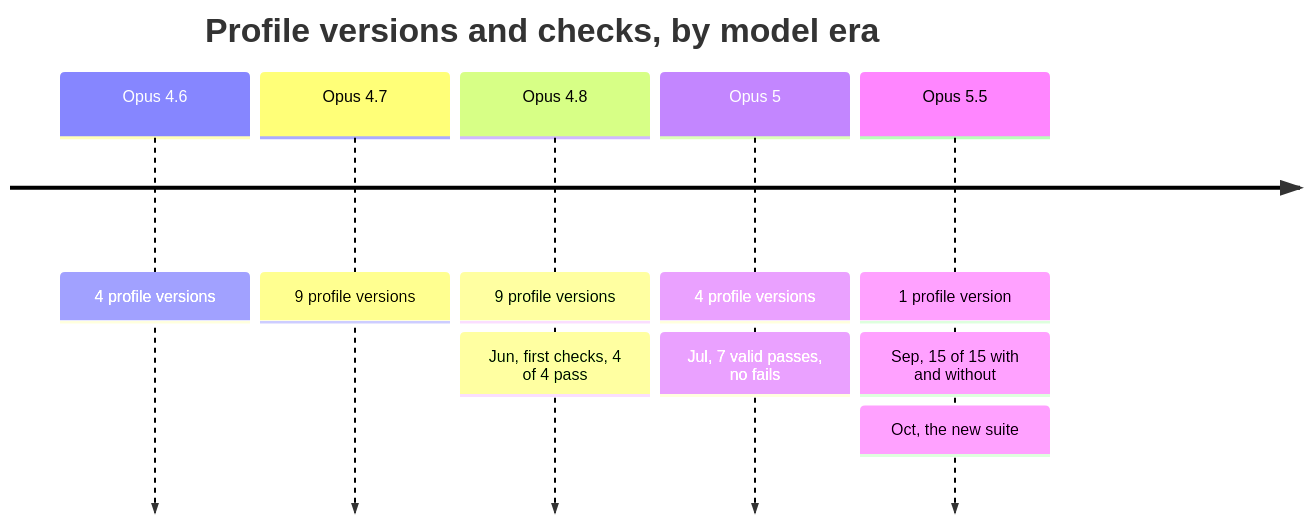
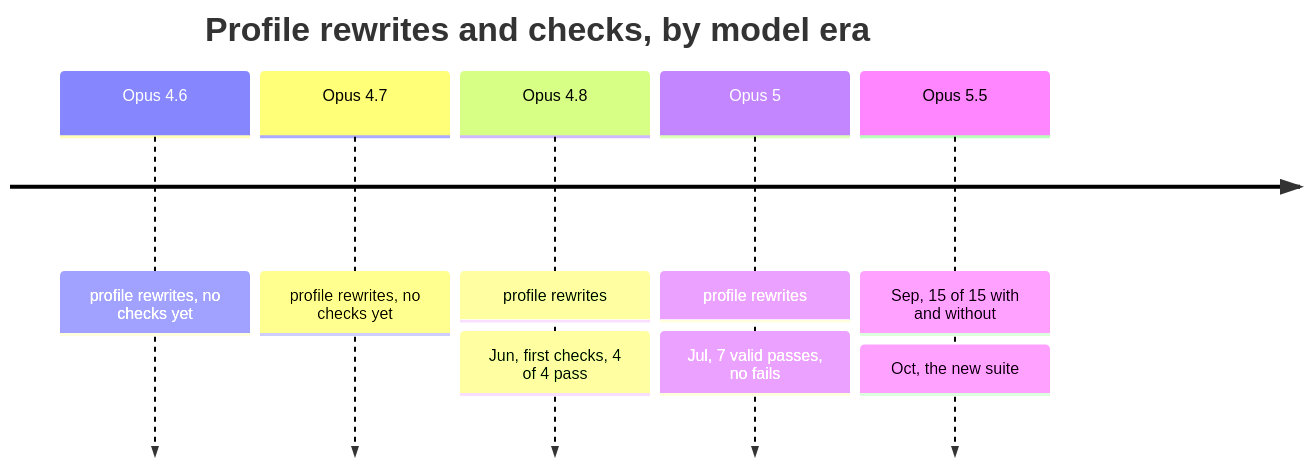
One commit to dnedev/agentic-tools-working-notes changed the diagram in verification-kit/README.md. Above: the diagram before and after it, drawn with Mermaid. The commit also changed other lines of this file and 46 other files, not shown here.

````diff
--- a/verification-kit/README.md
+++ b/verification-kit/README.md
@@ -63,10 +66,10 @@
 ```mermaid
 timeline
-  title Profile versions and checks, by model era
-  Opus 4.6 : 4 profile versions
-  Opus 4.7 : 9 profile versions
-  Opus 4.8 : 9 profile versions : Jun, first checks, 4 of 4 pass
-  Opus 5 : 4 profile versions : Jul, 7 valid passes, no fails
-  Opus 5.5 : 1 profile version : Sep, 15 of 15 with and without
+  title Profile rewrites and checks, by model era
+  Opus 4.6 : profile rewrites, no checks yet
+  Opus 4.7 : profile rewrites, no checks yet
+  Opus 4.8 : profile rewrites : Jun, first checks, 4 of 4 pass
+  Opus 5 : profile rewrites : Jul, 7 valid passes, no fails
+  Opus 5.5 : Sep, 15 of 15 with and without
            : Oct, the new suite
 ```
````
